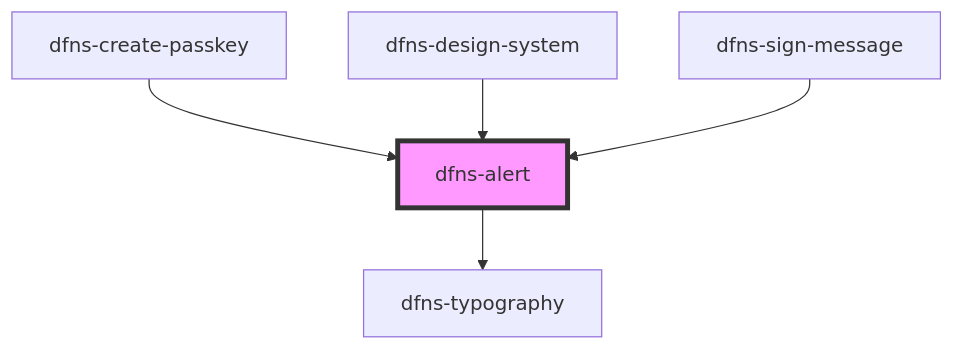
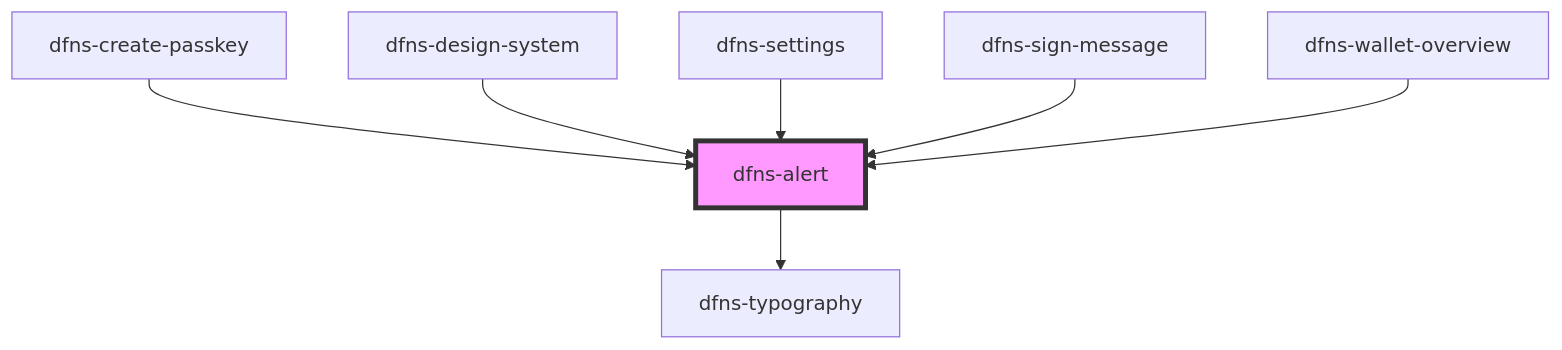
Before and after one commit to dfnsext/web-ui: the diagram in src/components/dfns-alert/readme.md, drawn with Mermaid. The commit also changed other lines of this file and 60 other files, not shown here.

````diff
--- a/src/components/dfns-alert/readme.md
+++ b/src/components/dfns-alert/readme.md
@@ -33,8 +35,10 @@
 ```mermaid
 graph TD;
   dfns-alert --> dfns-typography
   dfns-create-passkey --> dfns-alert
   dfns-design-system --> dfns-alert
+  dfns-settings --> dfns-alert
   dfns-sign-message --> dfns-alert
+  dfns-wallet-overview --> dfns-alert
   style dfns-alert fill:#f9f,stroke:#333,stroke-width:4px
 ```
````
